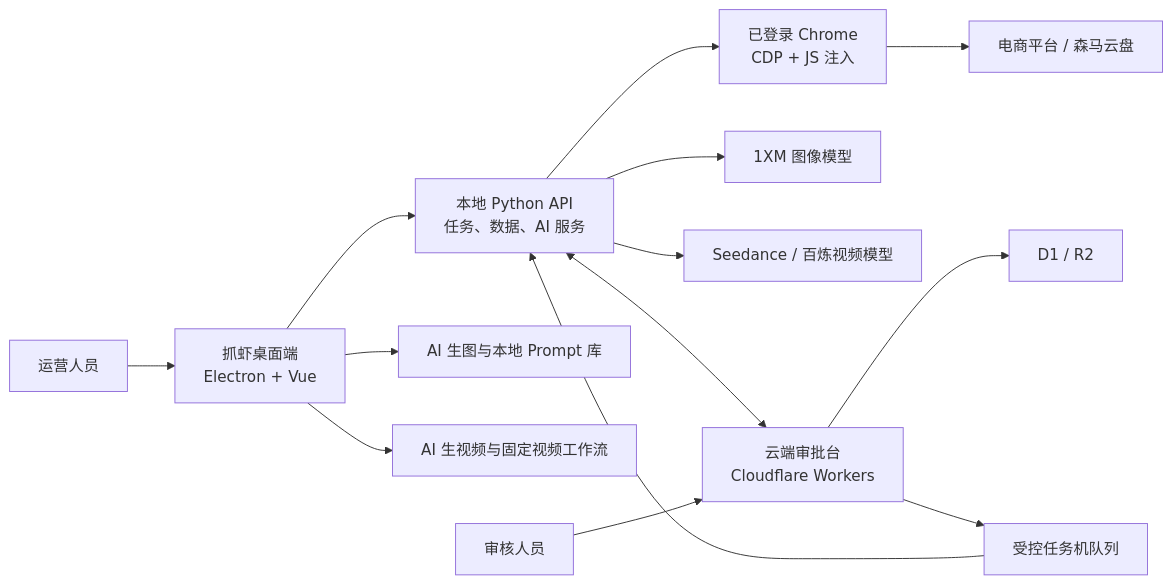
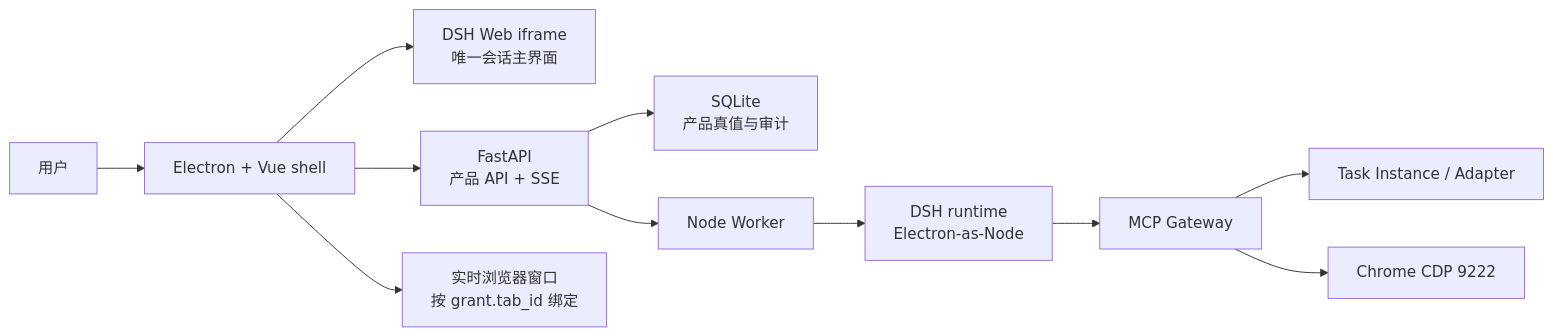
Before and after one commit to howtimeschange/crawshrimp-harness: the diagram in README.md, drawn with Mermaid. The commit also changed other lines of this file and 6 other files, not shown here.

````diff
--- a/README.md
+++ b/README.md
@@ -50,16 +16,13 @@
 ```mermaid
 flowchart LR
-    O["运营人员"] --> D["抓虾桌面端\nElectron + Vue"]
-    D --> B["本地 Python API\n任务、数据、AI 服务"]
-    B --> C["已登录 Chrome\nCDP + JS 注入"]
-    C --> P["电商平台 / 森马云盘"]
-    D --> L["AI 生图与本地 Prompt 库"]
-    D --> V["AI 生视频与固定视频工作流"]
-    B --> X["1XM 图像模型"]
-    B --> G["Seedance / 百炼视频模型"]
-    B <--> W["云端审批台\nCloudflare Workers"]
-    W --> DB["D1 / R2"]
-    R["审核人员"] --> W
-    W --> M["受控任务机队列"]
-    M --> B
+    U["用户"] --> E["Electron + Vue shell"]
+    E --> I["DSH Web iframe\n唯一会话主界面"]
+    E --> A["FastAPI\n产品 API + SSE"]
+    A --> DB["SQLite\n产品真值与审计"]
+    A --> W["Node Worker"]
+    W --> D["DSH runtime\nElectron-as-Node"]
+    D --> M["MCP Gateway"]
+    M --> T["Task Instance / Adapter"]
+    M --> C["Chrome CDP 9222"]
+    E --> B["实时浏览器窗口\n按 grant.tab_id 绑定"]
 ```
````
